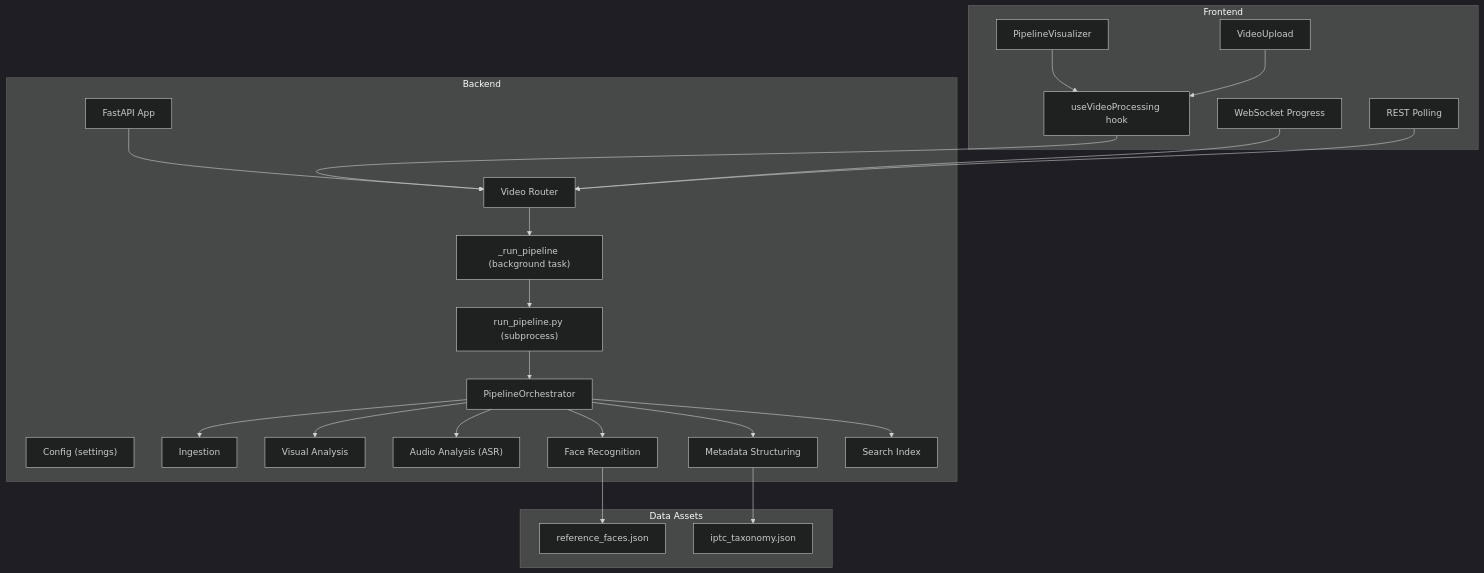
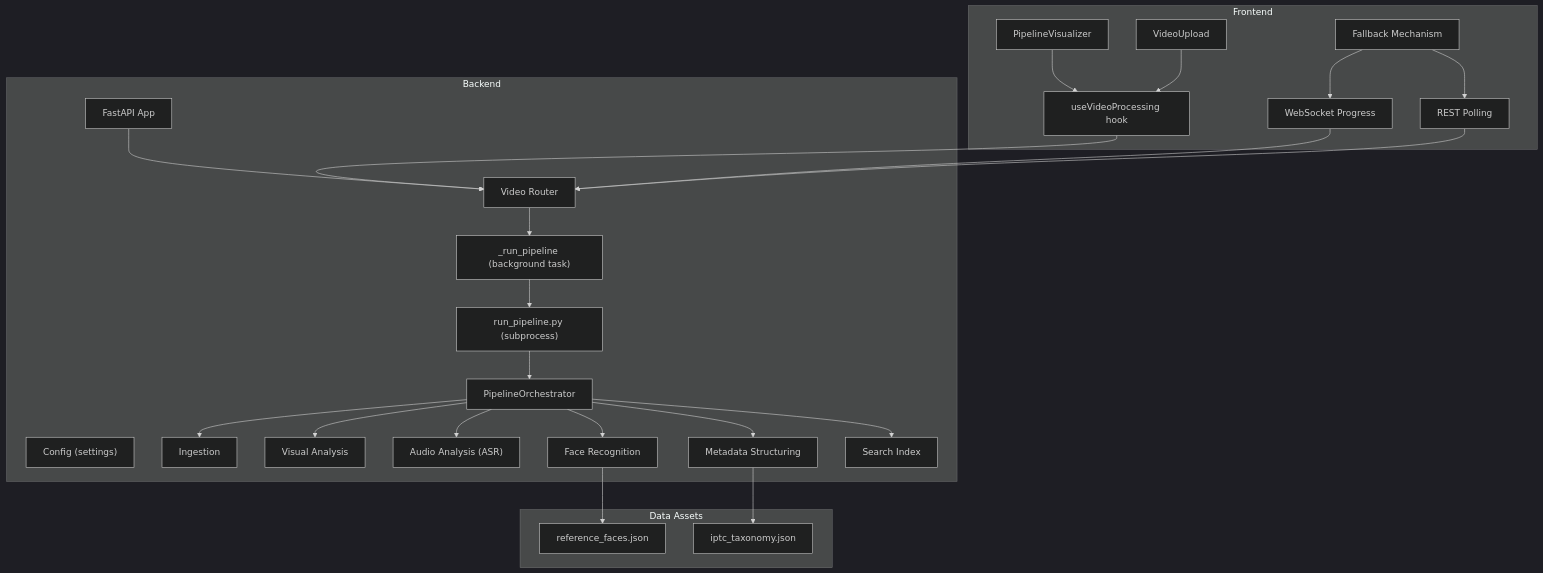
One commit to alexandreybasta-cyber/dubai-media-ai changed the first of 5 diagrams in .qoder/repowiki/en/content/Media Processing Pipeline/Media Processing Pipeline.md. Above: the diagram before and after it, drawn with Mermaid (dark theme). The commit also changed other lines of this file and 20 other files, not shown here.

````diff
--- a/.qoder/repowiki/en/content/Media Processing Pipeline/Media Processing Pipeline.md
+++ b/.qoder/repowiki/en/content/Media Processing Pipeline/Media Processing Pipeline.md
@@ -53,45 +53,48 @@
 ```mermaid
 graph TB
 subgraph "Backend"
 CFG["Config (settings)"]
 ORCH["PipelineOrchestrator"]
 ST1["Ingestion"]
 ST2["Visual Analysis"]
 ST3["Audio Analysis (ASR)"]
 ST4["Face Recognition"]
 ST5["Metadata Structuring"]
 ST6["Search Index"]
 ROUTER["Video Router"]
 MAIN["FastAPI App"]
 RUNPIPE["run_pipeline.py (subprocess)"]
 ENDTASK["_run_pipeline (background task)"]
 end
 subgraph "Data Assets"
 REF["reference_faces.json"]
 IPTC["iptc_taxonomy.json"]
 end
 subgraph "Frontend"
 HOOK["useVideoProcessing hook"]
 VIS["PipelineVisualizer"]
 UP["VideoUpload"]
 WS["WebSocket Progress"]
 POLL["REST Polling"]
+FB["Fallback Mechanism"]
 end
 MAIN --> ROUTER
 ROUTER --> ENDTASK
 ENDTASK --> RUNPIPE
 RUNPIPE --> ORCH
 ORCH --> ST1
 ORCH --> ST2
 ORCH --> ST3
 ORCH --> ST4
 ORCH --> ST5
 ORCH --> ST6
 ST4 --> REF
 ST5 --> IPTC
 HOOK --> ROUTER
 VIS --> HOOK
 UP --> HOOK
 WS --> ROUTER
 POLL --> ROUTER
+FB --> WS
+FB --> POLL
 ```
````
